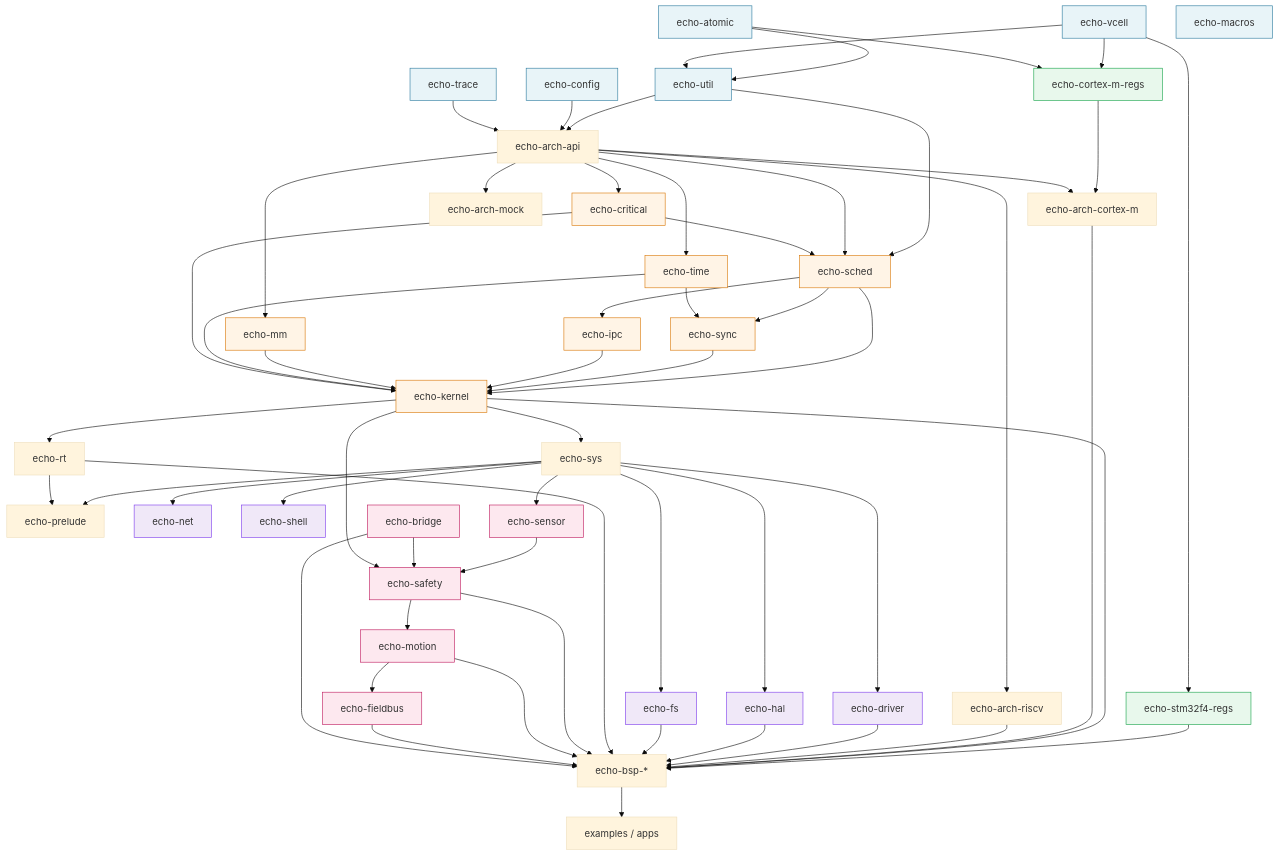
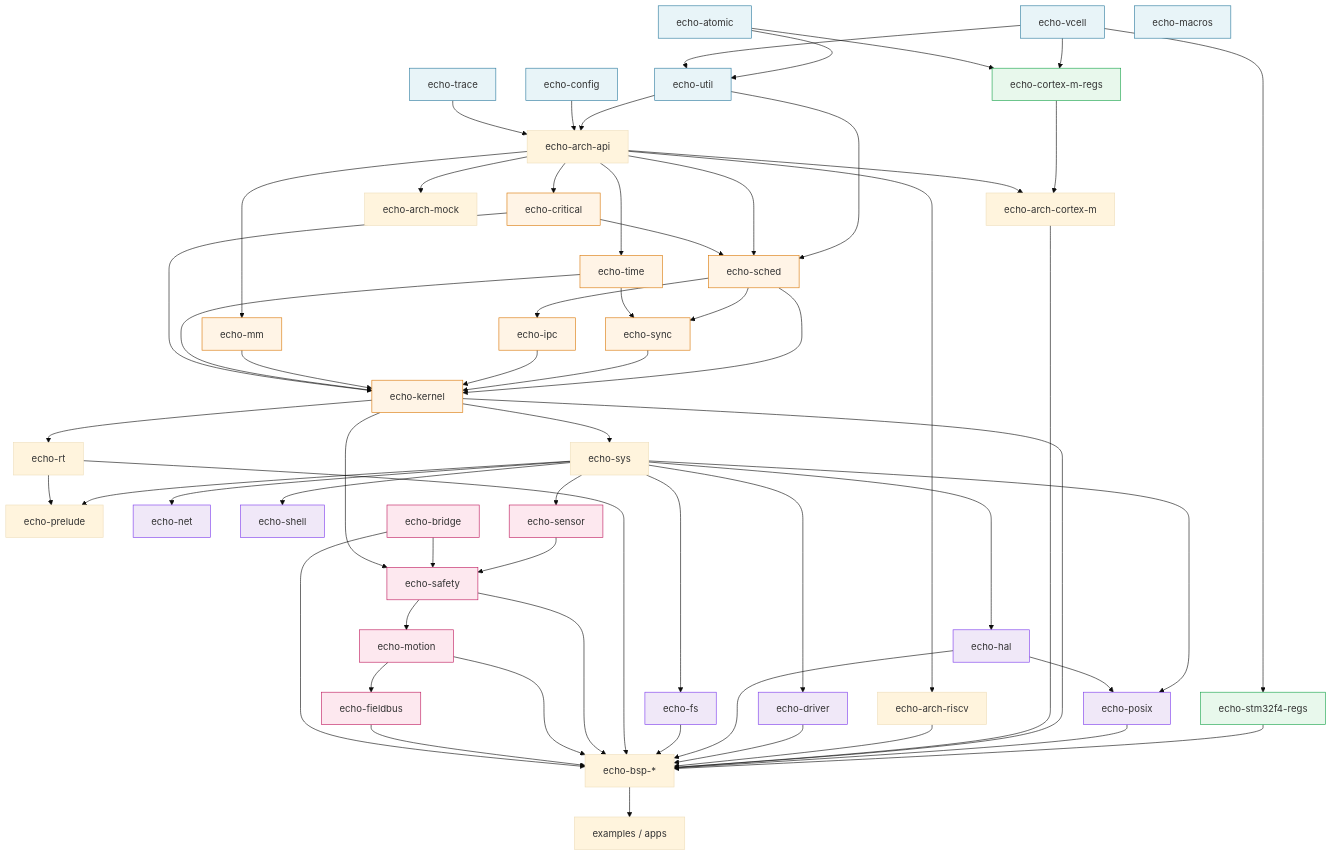
The diagram in docs/04-crate-layout.md (EchoOSLab/EchoOS), drawn with Mermaid (base theme) before and after one commit. The commit also changed other lines of this file and 5 other files, not shown here.

Commit message:
docs(adr): add ADR-0020 for the POSIX compatibility partition; sync non-goals, crates, risks, and roadmap

````diff
--- a/docs/04-crate-layout.md
+++ b/docs/04-crate-layout.md
@@ -245,6 +246,7 @@
     fs[echo-fs]
     net[echo-net]
     shell[echo-shell]
+    posix[echo-posix]
 
     safety[echo-safety]
     motion[echo-motion]
@@ -298,6 +300,9 @@
     sys --> fs
     sys --> net
     sys --> shell
+    sys --> posix
+    hal --> posix
+    posix --> bsp
 
     sys --> sensor
     sensor --> safety
@@ -327,7 +332,7 @@
     classDef robot fill:#fde8ef,stroke:#be185d
     class atomic,vcell,util,config,macros,trace leaf
     class crit,mm,time,sched,sync,ipc,kernel kern
-    class driver,hal,fs,net,shell svc
+    class driver,hal,fs,net,shell,posix svc
     class regs,chipregs reg
     class safety,motion,bridge,fieldbus,sensor robot
 ```
````
